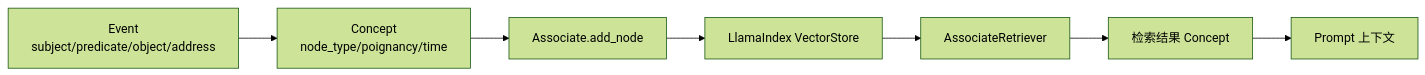
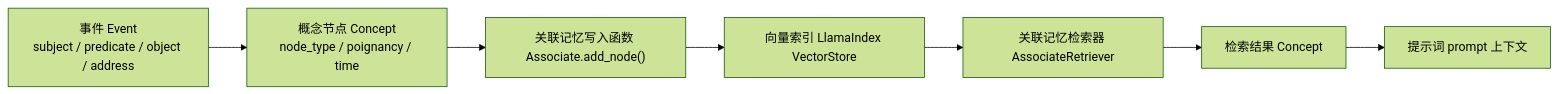
Before and after one commit to tbkken/GenerativeAgentsCN: the diagram in docs/book/manuscript/part_03/chapter_18.md, drawn with Mermaid (forest theme). The commit also changed other lines of this file and 33 other files, not shown here.

````diff
--- a/docs/book/manuscript/part_03/chapter_18.md
+++ b/docs/book/manuscript/part_03/chapter_18.md
@@ -32,9 +32,9 @@
 ```mermaid
 flowchart LR
-    E[Event<br/>subject/predicate/object/address] --> C[Concept<br/>node_type/poignancy/time]
-    C --> A[Associate.add_node]
-    A --> I[LlamaIndex VectorStore]
-    I --> R[AssociateRetriever]
-    R --> X[检索结果 Concept]
-    X --> P[Prompt 上下文]
+    E["事件 Event<br/>subject / predicate / object / address"] --> C["概念节点 Concept<br/>node_type / poignancy / time"]
+    C --> A["关联记忆写入函数 Associate.add_node()"]
+    A --> I["向量索引 LlamaIndex VectorStore"]
+    I --> R["关联记忆检索器 AssociateRetriever"]
+    R --> X["检索结果 Concept"]
+    X --> P["提示词 prompt 上下文"]
 ```
````
